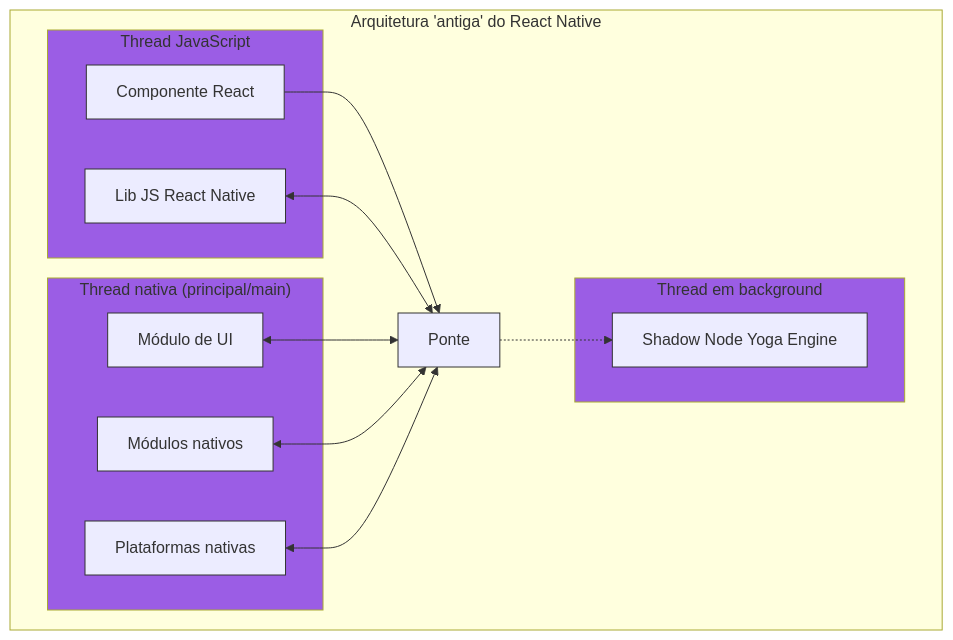
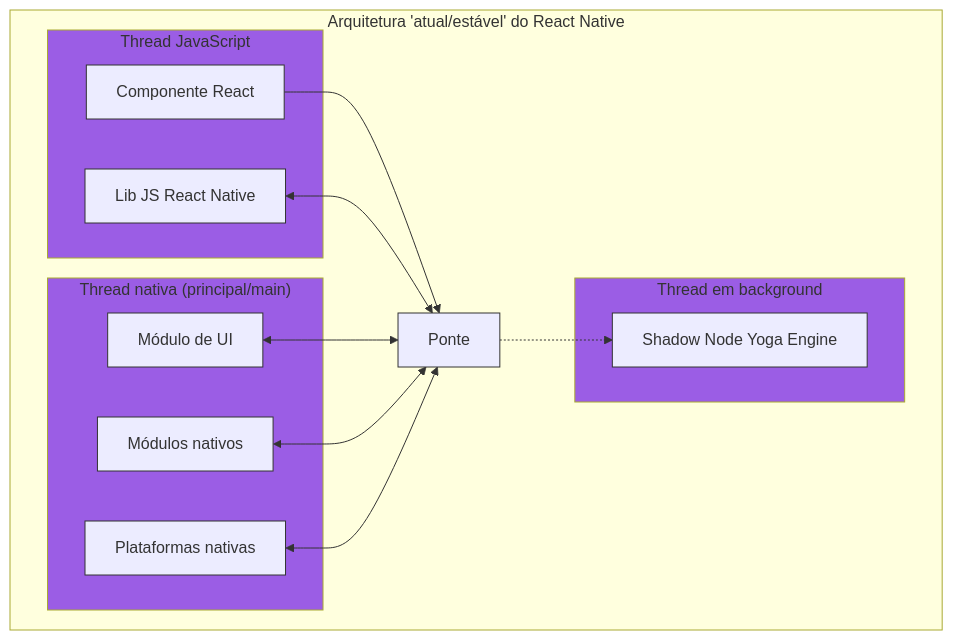
One commit to rsicarelli/KMP-101 changed the second of 4 diagrams in posts/KMP101-parte1.md. Above: the diagram before and after it, drawn with Mermaid. The commit also changed other lines of this file, not shown here.

````diff
--- a/posts/KMP101-parte1.md
+++ b/posts/KMP101-parte1.md
@@ -123,34 +130,34 @@
 ```mermaid
 graph TB
-    subgraph "Arquitetura 'antiga' do React Native"
+    subgraph "Arquitetura 'atual/estável' do React Native"
         Bridge["Ponte"]
 
         subgraph area1["Thread JavaScript"]
             ReactLib[Lib JS React Native]
             ReactComp[Componente React]
         end
 
         subgraph area2["Thread nativa (principal/main)"]
             NatModImpl[Módulos nativos]
             UIMod[Módulo de UI]
             NatPlat[Plataformas nativas]
         end
 
         subgraph area3["Thread em background"]
             Yoga[Shadow Node Yoga Engine]
         end
 
     %% Conectando os nós com a Ponte
         ReactComp --> Bridge
         ReactLib <--> Bridge
         UIMod <--> Bridge
         NatModImpl <--> Bridge
         NatPlat <--> Bridge
         Bridge -.-> Yoga
     end
 
     classDef area fill: #9b5de5
     classDef defaultStyle stroke: #333, stroke-width: 1px;
     class area1,area2,area3 area
     class Bridge,ReactComp,ReactLib,NatModImpl,UIMod,NatPlat,Yoga defaultStyle;
 ```
````
